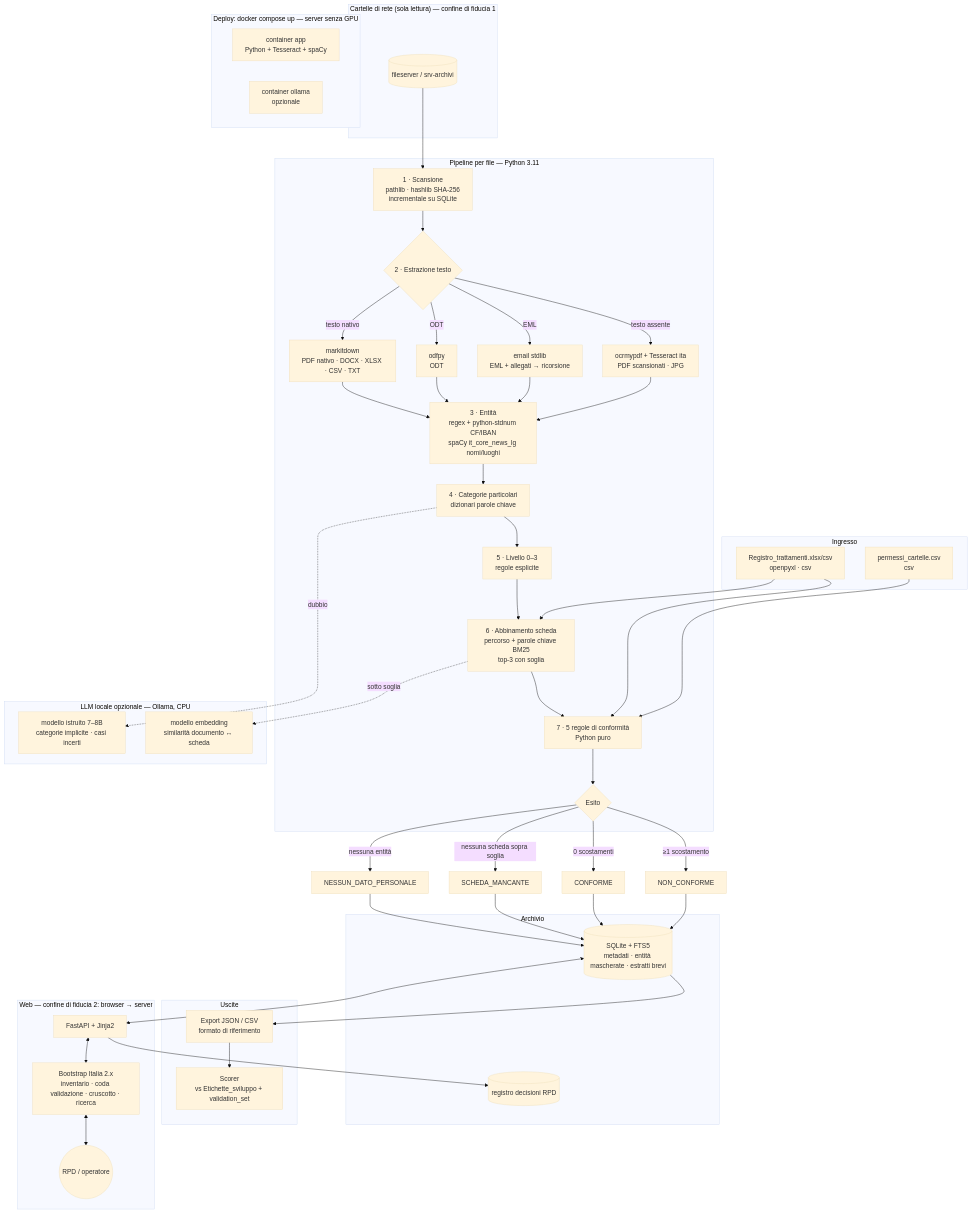
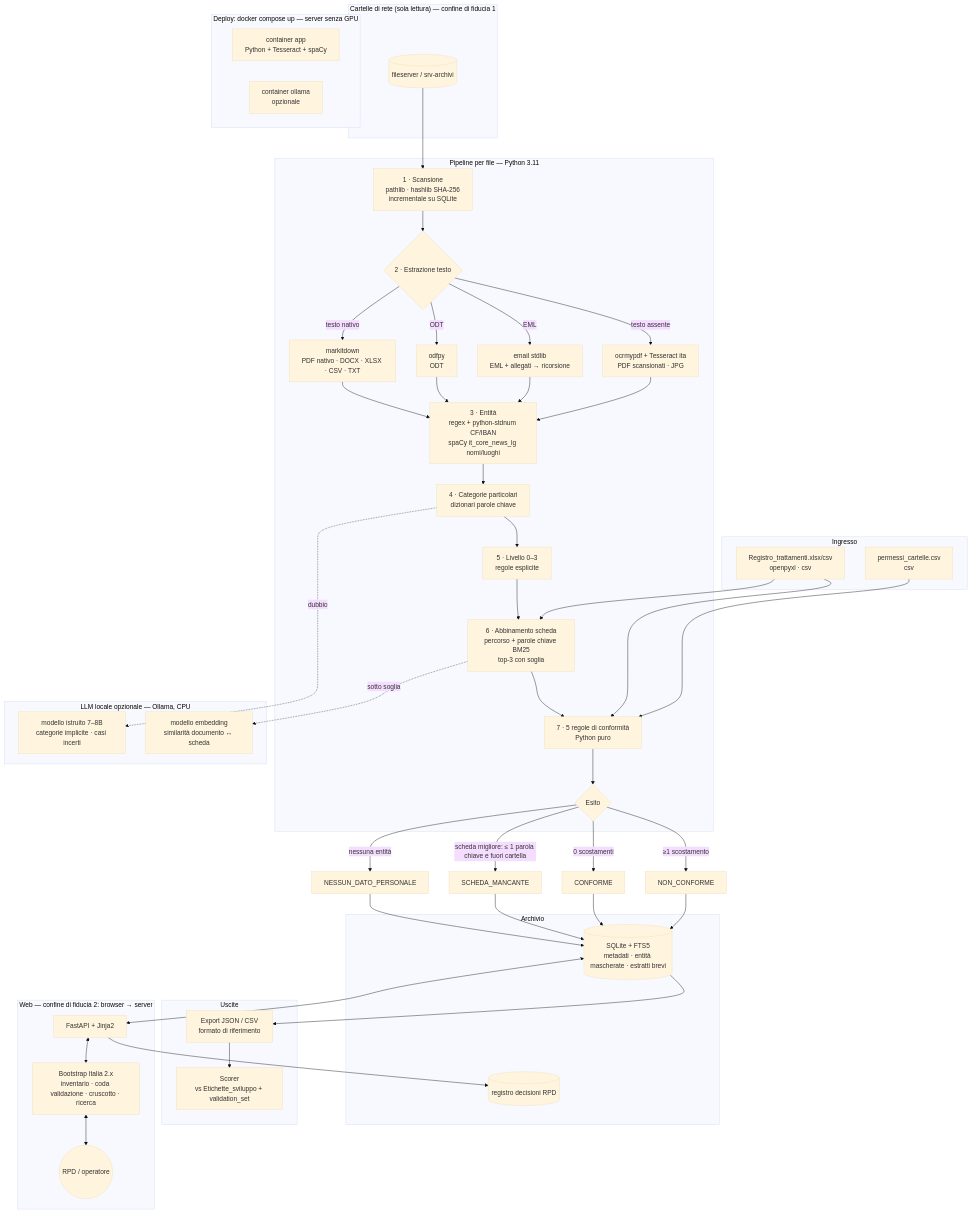
The second of 2 diagrams in docs/flussi.md (sergiovzambelli/dago-data-governance), drawn with Mermaid (base theme) before and after one commit. The commit also changed 6 other files, not shown here.

First line of the commit message:
feat: esito SCHEDA_MANCANTE quando nessuna scheda copre il documento

````diff
--- a/docs/flussi.md
+++ b/docs/flussi.md
@@ -24,72 +24,72 @@
 ```mermaid
 flowchart TB
     subgraph SRC["Cartelle di rete (sola lettura) — confine di fiducia 1"]
         FS[(fileserver / srv-archivi)]
     end
 
     subgraph IN["Ingresso"]
         REG[Registro_trattamenti.xlsx/csv<br/>openpyxl · csv]
         PERM[permessi_cartelle.csv<br/>csv]
     end
 
     subgraph PIPE["Pipeline per file — Python 3.11"]
         SCAN[1 · Scansione<br/>pathlib · hashlib SHA-256<br/>incrementale su SQLite]
         EXT{2 · Estrazione testo}
         MD[markitdown<br/>PDF nativo · DOCX · XLSX · CSV · TXT]
         ODT[odfpy<br/>ODT]
         EML[email stdlib<br/>EML + allegati → ricorsione]
         OCR[ocrmypdf + Tesseract ita<br/>PDF scansionati · JPG]
         ENT[3 · Entità<br/>regex + python-stdnum CF/IBAN<br/>spaCy it_core_news_lg nomi/luoghi]
         CAT[4 · Categorie particolari<br/>dizionari parole chiave]
         LVL[5 · Livello 0–3<br/>regole esplicite]
         MATCH[6 · Abbinamento scheda<br/>percorso + parole chiave BM25<br/>top-3 con soglia]
         RULES[7 · 5 regole di conformità<br/>Python puro]
         ESITO{Esito}
     end
 
     subgraph LLM["LLM locale opzionale — Ollama, CPU"]
         GEN[modello istruito 7–8B<br/>categorie implicite · casi incerti]
         EMB[modello embedding<br/>similarità documento ↔ scheda]
     end
 
     subgraph STORE["Archivio"]
         DB[(SQLite + FTS5<br/>metadati · entità mascherate · estratti brevi)]
         LOG[(registro decisioni RPD)]
     end
 
     subgraph OUT["Uscite"]
         JSON[Export JSON / CSV<br/>formato di riferimento]
         SCORE[Scorer<br/>vs Etichette_sviluppo + validation_set]
     end
 
     subgraph WEB["Web — confine di fiducia 2: browser → server"]
         API[FastAPI + Jinja2]
         UI[Bootstrap Italia 2.x<br/>inventario · coda validazione · cruscotto · ricerca]
         RPD((RPD / operatore))
     end
 
     FS --> SCAN --> EXT
     EXT -->|testo nativo| MD
     EXT -->|ODT| ODT
     EXT -->|EML| EML
     EXT -->|testo assente| OCR
     MD & ODT & EML & OCR --> ENT --> CAT --> LVL --> MATCH --> RULES --> ESITO
     CAT -. dubbio .-> GEN
     MATCH -. sotto soglia .-> EMB
     REG --> MATCH
     REG --> RULES
     PERM --> RULES
     ESITO -->|nessuna entità| E0[NESSUN_DATO_PERSONALE]
-    ESITO -->|nessuna scheda sopra soglia| E1[SCHEDA_MANCANTE]
+    ESITO -->|scheda migliore: ≤ 1 parola chiave e fuori cartella| E1[SCHEDA_MANCANTE]
     ESITO -->|0 scostamenti| E2[CONFORME]
     ESITO -->|≥1 scostamento| E3[NON_CONFORME]
     E0 & E1 & E2 & E3 --> DB
     DB --> JSON --> SCORE
     DB <--> API <--> UI <--> RPD
     API --> LOG
 
     subgraph DEP["Deploy: docker compose up — server senza GPU"]
         C1[container app<br/>Python + Tesseract + spaCy]
         C2[container ollama<br/>opzionale]
     end
 ```
````
